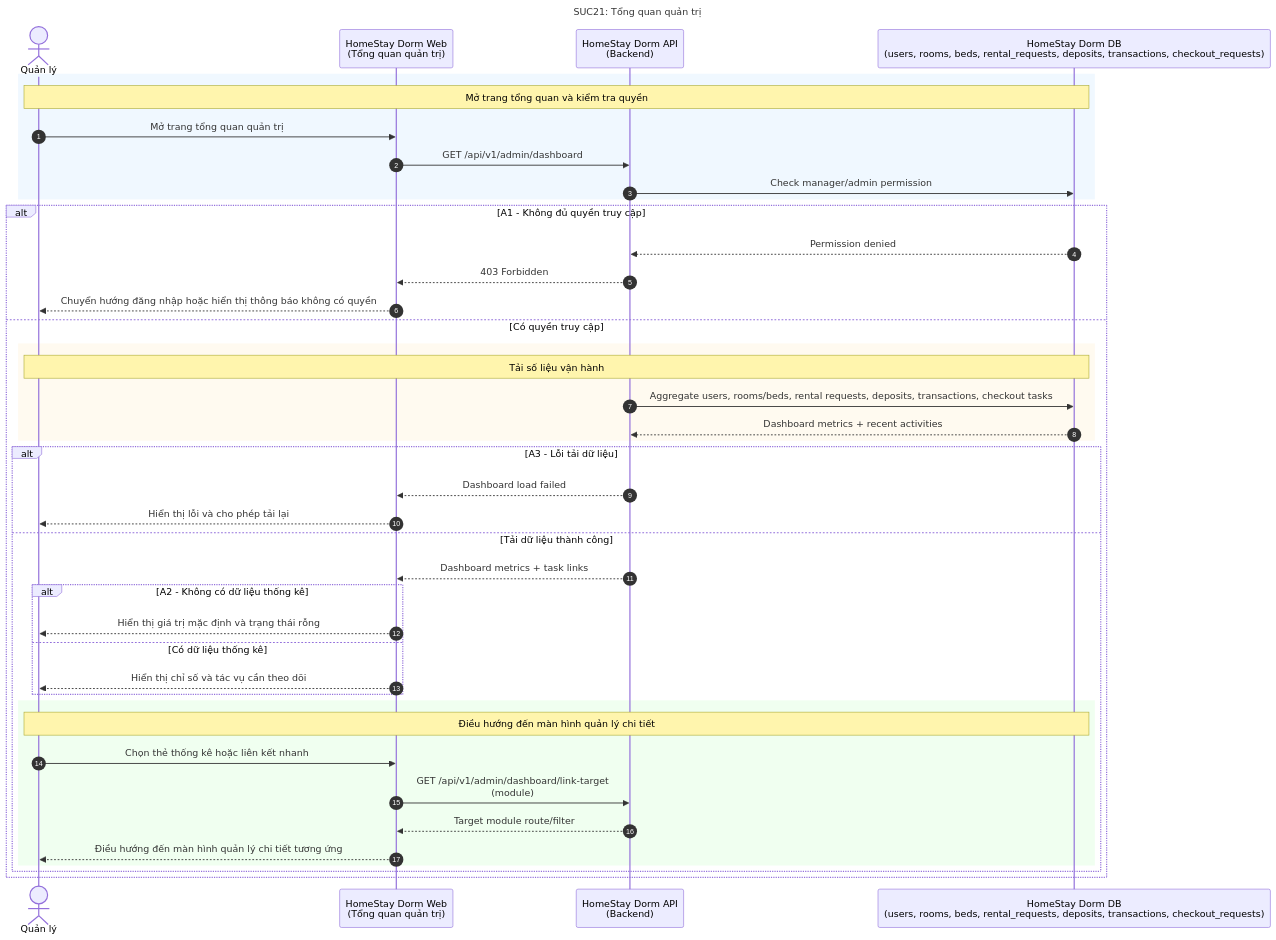
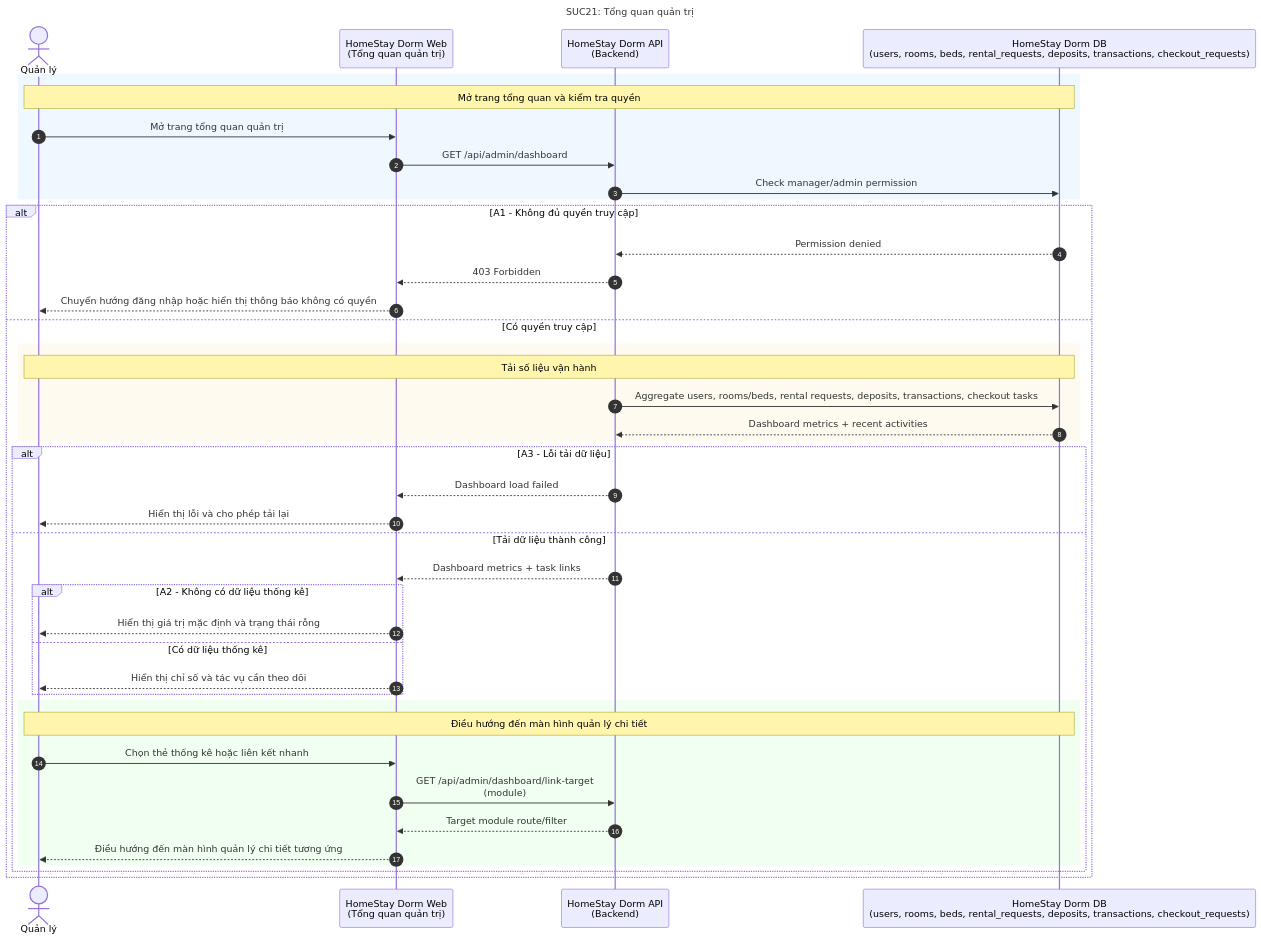
Before and after one commit to dinhdaivu/CSC12004_Information-Systems-Analysis-and-Design: the diagram in docs/SUC/SUC21-tong-quan-quan-tri.mmd, drawn with Mermaid. The commit also changed 47 other files, not shown here.

```diff
--- a/docs/SUC/SUC21-tong-quan-quan-tri.mmd
+++ b/docs/SUC/SUC21-tong-quan-quan-tri.mmd
@@ -1,46 +1,46 @@
 sequenceDiagram
     title SUC21: Tổng quan quản trị
     autonumber
     actor M as Quản lý
     participant Web as HomeStay Dorm Web<br/>(Tổng quan quản trị)
     participant API as HomeStay Dorm API<br/>(Backend)
     participant DB as HomeStay Dorm DB<br/>(users, rooms, beds, rental_requests, deposits, transactions, checkout_requests)
 
     rect rgb(240, 248, 255)
         Note over M, DB: Mở trang tổng quan và kiểm tra quyền
         M->>Web: Mở trang tổng quan quản trị
-        Web->>API: GET /api/v1/admin/dashboard
+        Web->>API: GET /api/admin/dashboard
         API->>DB: Check manager/admin permission
     end
 
     alt A1 - Không đủ quyền truy cập
         DB-->>API: Permission denied
         API-->>Web: 403 Forbidden
         Web-->>M: Chuyển hướng đăng nhập hoặc hiển thị thông báo không có quyền
     else Có quyền truy cập
         rect rgb(255, 250, 240)
             Note over M, DB: Tải số liệu vận hành
             API->>DB: Aggregate users, rooms/beds, rental requests, deposits, transactions, checkout tasks
             DB-->>API: Dashboard metrics + recent activities
         end
 
         alt A3 - Lỗi tải dữ liệu
             API-->>Web: Dashboard load failed
             Web-->>M: Hiển thị lỗi và cho phép tải lại
         else Tải dữ liệu thành công
             API-->>Web: Dashboard metrics + task links
             alt A2 - Không có dữ liệu thống kê
                 Web-->>M: Hiển thị giá trị mặc định và trạng thái rỗng
             else Có dữ liệu thống kê
                 Web-->>M: Hiển thị chỉ số và tác vụ cần theo dõi
             end
 
             rect rgb(240, 255, 240)
                 Note over M, DB: Điều hướng đến màn hình quản lý chi tiết
                 M->>Web: Chọn thẻ thống kê hoặc liên kết nhanh
-                Web->>API: GET /api/v1/admin/dashboard/link-target<br/>(module)
+                Web->>API: GET /api/admin/dashboard/link-target<br/>(module)
                 API-->>Web: Target module route/filter
                 Web-->>M: Điều hướng đến màn hình quản lý chi tiết tương ứng
             end
         end
     end
```
